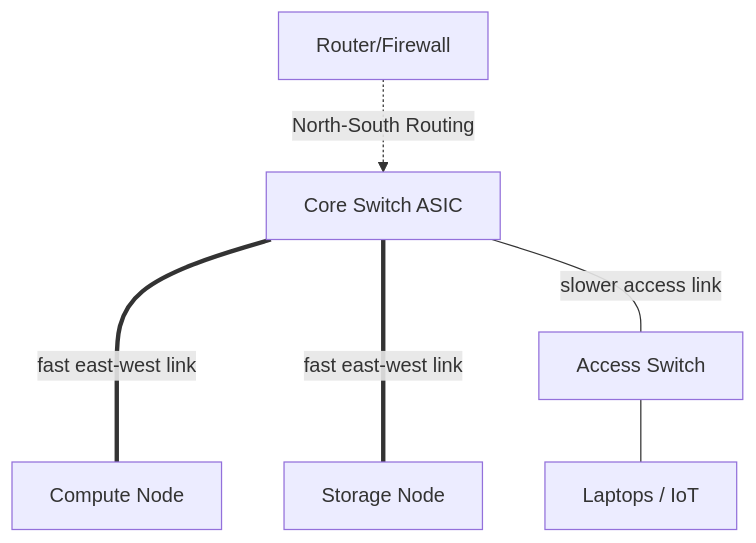
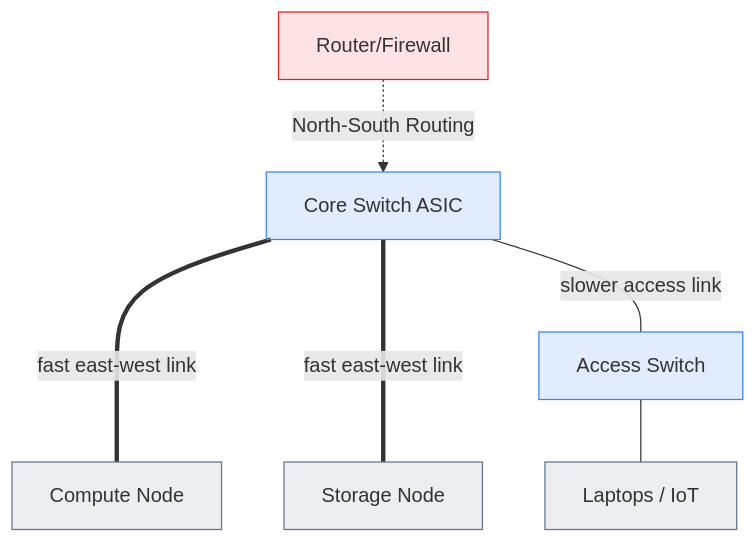
Before and after one commit to mithun3/tech-blog: the third of 3 diagrams in content/pages/networking/basics/network-topologies.mdx, drawn with Mermaid. The commit also changed other lines of this file and 8 other files, not shown here.

Commit message:
mermaid updates.

````diff
--- a/content/pages/networking/basics/network-topologies.mdx
+++ b/content/pages/networking/basics/network-topologies.mdx
@@ -106,8 +137,24 @@
 ```mermaid
+---
+config:
+  look: classic
+  fontFamily: "system-ui, -apple-system, Segoe UI, Roboto, Helvetica, Arial, sans-serif"
+  themeCSS: ".node rect, .cluster rect { rx: 6px; ry: 6px; }"
+  flowchart:
+    wrappingWidth: 200
+  themeVariables:
+    mainBkg: "#64748b1f"
+    nodeBorder: "#64748b"
+    clusterBkg: "#64748b14"
+    clusterBorder: "#64748b99"
+---
 flowchart TD
     Router[Router/Firewall] -.->|North-South Routing| CoreSwitch[Core Switch ASIC]
     CoreSwitch ====|fast east-west link| Compute[Compute Node]
     CoreSwitch ====|fast east-west link| Storage[Storage Node]
     CoreSwitch ---|slower access link| AccessSwitch[Access Switch]
     AccessSwitch --- Clients[Laptops / IoT]
+    style Router fill:#ef444426,stroke:#dc2626
+    style CoreSwitch fill:#3b82f626,stroke:#3b82f6
+    style AccessSwitch fill:#3b82f626,stroke:#3b82f6
 ```
````
